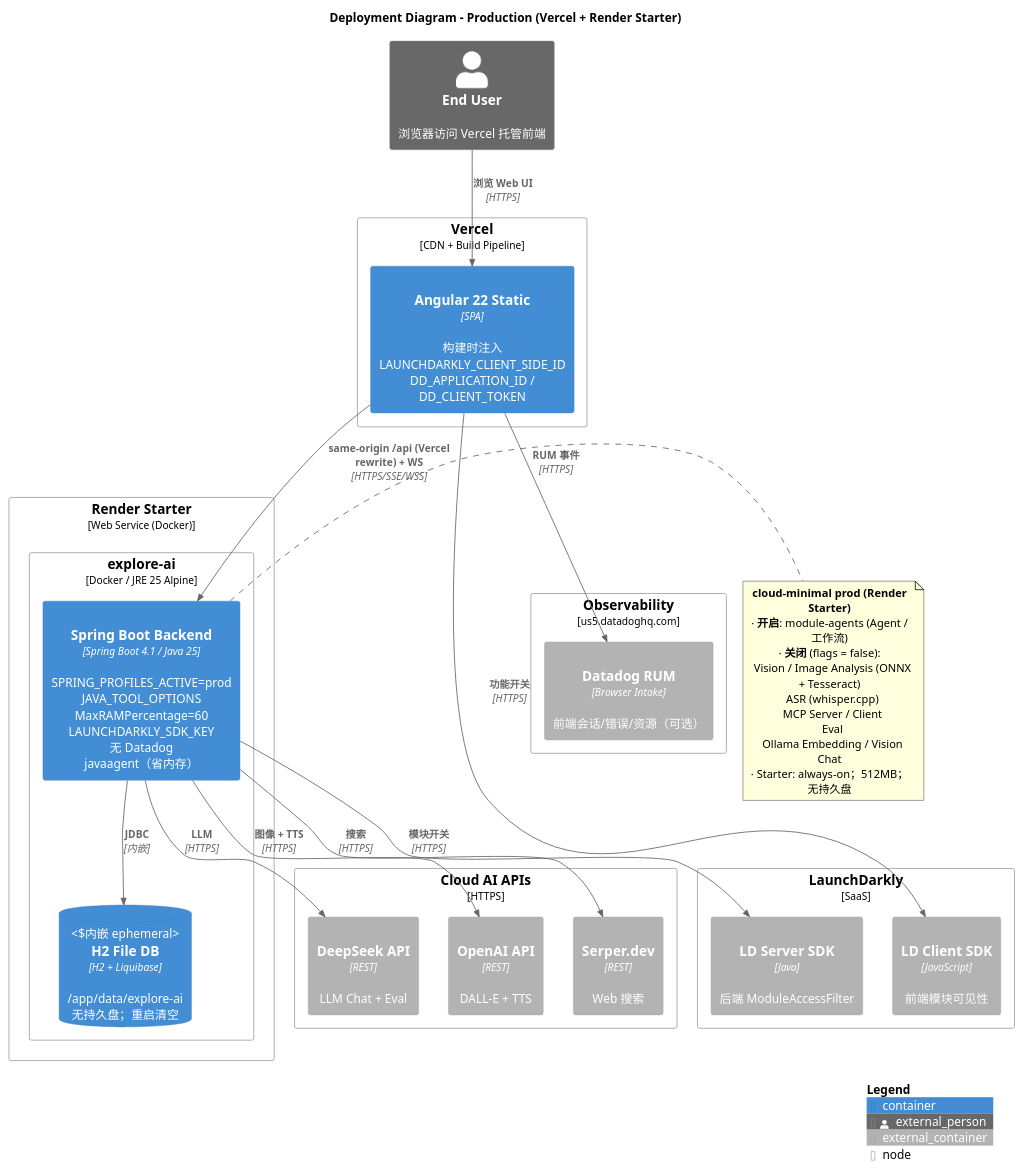
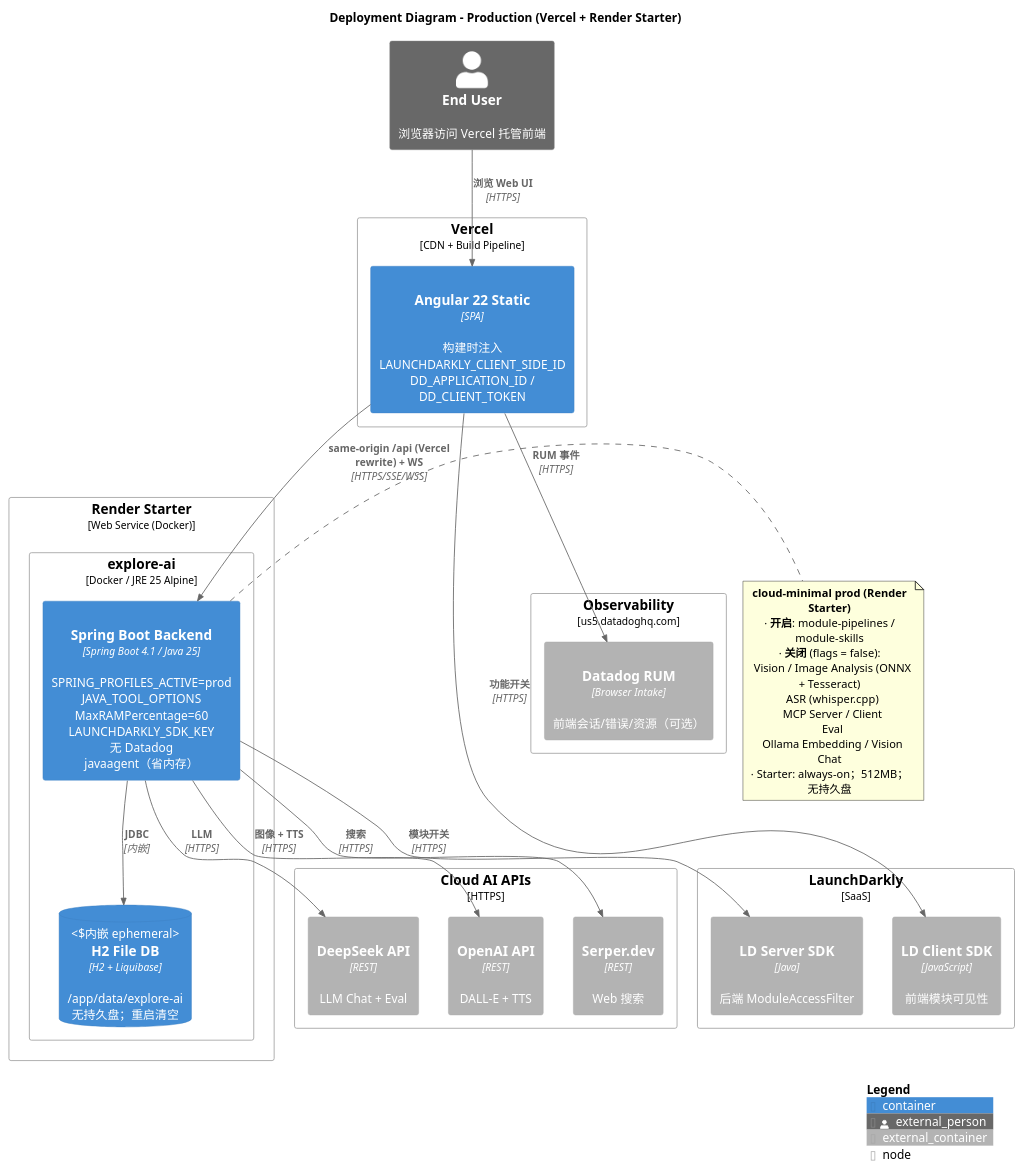
The diagram in docs/developer/c4-model/C4-Deployment-Production.puml (felixzhu97/explore-ai), drawn with PlantUML before and after one commit. The commit also changed 111 other files, not shown here.

```diff
--- a/docs/developer/c4-model/C4-Deployment-Production.puml
+++ b/docs/developer/c4-model/C4-Deployment-Production.puml
@@ -1,64 +1,64 @@
 @startuml C4-Deployment-Production
 !include https://raw.githubusercontent.com/plantuml-stdlib/C4-PlantUML/master/C4_Deployment.puml
 
 LAYOUT_WITH_LEGEND()
 
 title Deployment Diagram - Production (Vercel + Render Starter)
 
 Person_Ext(user, "End User", "浏览器访问 Vercel 托管前端")
 
 Deployment_Node(vercel, "Vercel", "CDN + Build Pipeline") {
     Container(angular_static, "Angular 22 Static", "SPA", "构建时注入\nLAUNCHDARKLY_CLIENT_SIDE_ID\nDD_APPLICATION_ID / DD_CLIENT_TOKEN", "HTTPS")
 }
 
 Deployment_Node(render, "Render Starter", "Web Service (Docker)") {
     Deployment_Node(explore_ai_svc, "explore-ai", "Docker / JRE 25 Alpine") {
         Container(backend, "Spring Boot Backend", "Spring Boot 4.1 / Java 25", "SPRING_PROFILES_ACTIVE=prod\nJAVA_TOOL_OPTIONS MaxRAMPercentage=60\nLAUNCHDARKLY_SDK_KEY\n无 Datadog javaagent（省内存）", "8080")
         ContainerDb(h2_ephemeral, "H2 File DB", "H2 + Liquibase", "/app/data/explore-ai\n无持久盘；重启清空", "内嵌 ephemeral")
     }
 }
 
 Deployment_Node(observability, "Observability", "us5.datadoghq.com") {
     Container_Ext(datadog_rum, "Datadog RUM", "Browser Intake", "前端会话/错误/资源（可选）", "HTTPS")
 }
 
 Deployment_Node(feature_flags, "LaunchDarkly", "SaaS") {
     Container_Ext(ld_client, "LD Client SDK", "JavaScript", "前端模块可见性", "HTTPS")
     Container_Ext(ld_server, "LD Server SDK", "Java", "后端 ModuleAccessFilter", "HTTPS")
 }
 
 Deployment_Node(cloud_ai, "Cloud AI APIs", "HTTPS") {
     Container_Ext(deepseek_api, "DeepSeek API", "REST", "LLM Chat + Eval", "HTTPS")
     Container_Ext(openai_api, "OpenAI API", "REST", "DALL-E + TTS", "HTTPS")
     Container_Ext(serper_api, "Serper.dev", "REST", "Web 搜索", "HTTPS")
 }
 
 ' ============================================================
 ' RELATIONSHIPS
 ' ============================================================
 Rel(user, angular_static, "浏览 Web UI", "HTTPS")
 Rel(angular_static, backend, "same-origin /api (Vercel rewrite) + WS", "HTTPS/SSE/WSS")
 Rel(angular_static, datadog_rum, "RUM 事件", "HTTPS")
 Rel(angular_static, ld_client, "功能开关", "HTTPS")
 
 Rel(backend, h2_ephemeral, "JDBC", "内嵌")
 Rel(backend, ld_server, "模块开关", "HTTPS")
 
 Rel(backend, deepseek_api, "LLM", "HTTPS")
 Rel(backend, openai_api, "图像 + TTS", "HTTPS")
 Rel(backend, serper_api, "搜索", "HTTPS")
 
 note right of backend
   **cloud-minimal prod (Render Starter)**
-  · **开启**: module-agents (Agent / 工作流)
+  · **开启**: module-pipelines / module-skills
   · **关闭** (flags = false):
     Vision / Image Analysis (ONNX + Tesseract)
     ASR (whisper.cpp)
     MCP Server / Client
     Eval
     Ollama Embedding / Vision Chat
   · Starter: always-on；512MB；无持久盘
 end note
 
 SHOW_LEGEND()
 @enduml
```
